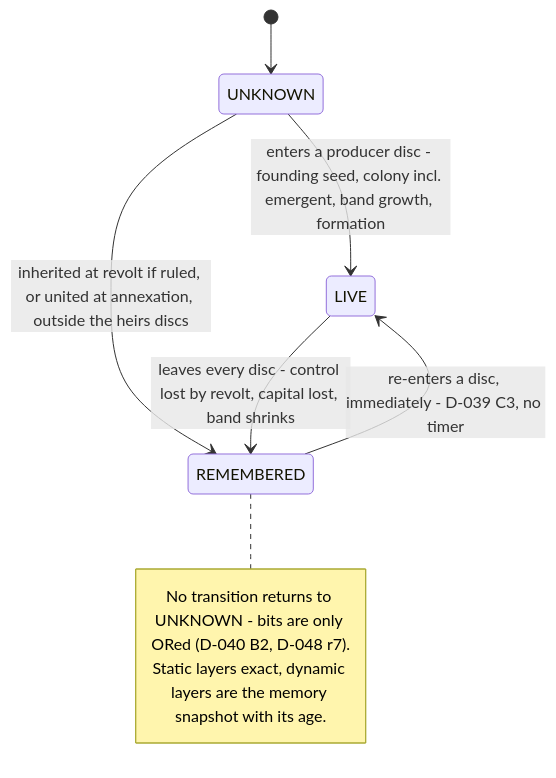
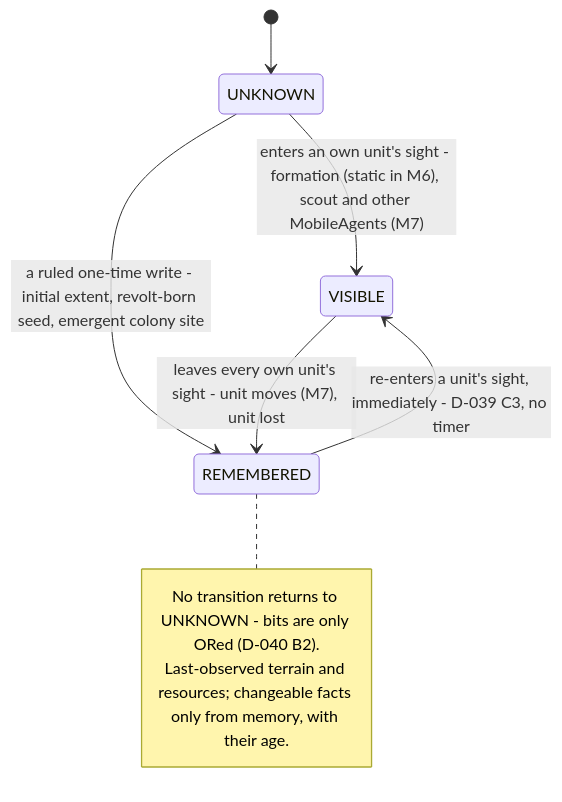
One commit to adityamisra010-cmd/civDemo changed the first of 3 diagrams in docs/m6-plan/knowledge-redesign/fog-of-war-proposal.md. Above: the diagram before and after it, drawn with Mermaid. The commit also changed other lines of this file and 88 other files, not shown here.

````diff
--- a/docs/m6-plan/knowledge-redesign/fog-of-war-proposal.md
+++ b/docs/m6-plan/knowledge-redesign/fog-of-war-proposal.md
@@ -265,12 +327,12 @@
 ```mermaid
 stateDiagram-v2
     [*] --> UNKNOWN
-    UNKNOWN --> LIVE : enters a producer disc - founding seed, colony incl. emergent, band growth, formation
-    UNKNOWN --> REMEMBERED : inherited at revolt if ruled, or united at annexation, outside the heirs discs
-    LIVE --> REMEMBERED : leaves every disc - control lost by revolt, capital lost, band shrinks
-    REMEMBERED --> LIVE : re-enters a disc, immediately - D-039 C3, no timer
+    UNKNOWN --> VISIBLE : enters an own unit's sight - formation (static in M6), scout and other MobileAgents (M7)
+    UNKNOWN --> REMEMBERED : a ruled one-time write - initial extent, revolt-born seed, emergent colony site
+    VISIBLE --> REMEMBERED : leaves every own unit's sight - unit moves (M7), unit lost
+    REMEMBERED --> VISIBLE : re-enters a unit's sight, immediately - D-039 C3, no timer
     note right of REMEMBERED
-        No transition returns to UNKNOWN - bits are only ORed (D-040 B2, D-048 r7).
-        Static layers exact, dynamic layers are the memory snapshot with its age.
+        No transition returns to UNKNOWN - bits are only ORed (D-040 B2).
+        Last-observed terrain and resources; changeable facts only from memory, with their age.
     end note
 ```
````
